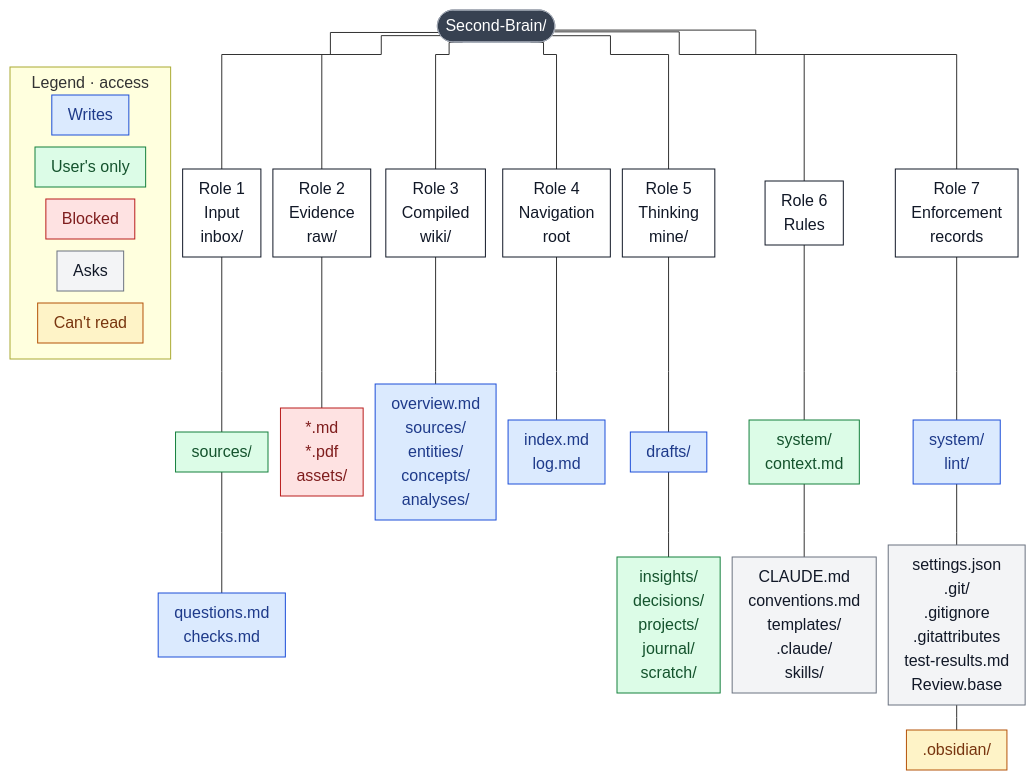
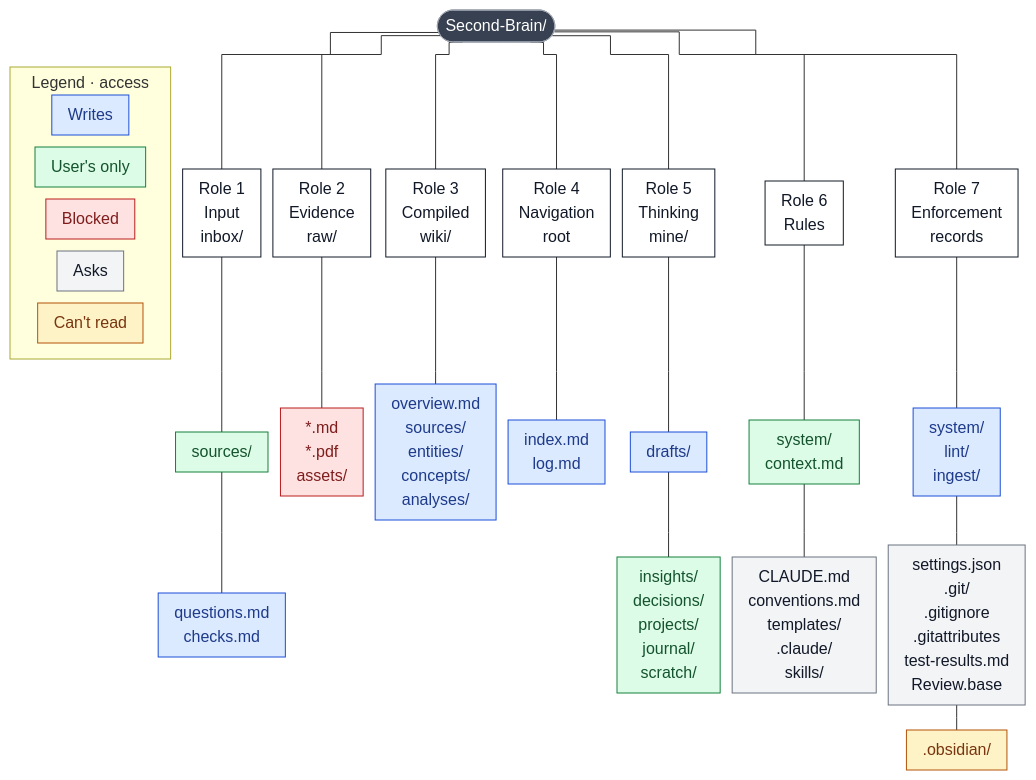
Before and after one commit to quocnguyen13/second-brain: the third of 18 diagrams in mine/projects/thinking-system/20 Product Requirements.md, drawn with Mermaid. The commit also changed other lines of this file and 5 other files, not shown here.

````diff
--- a/mine/projects/thinking-system/20 Product Requirements.md
+++ b/mine/projects/thinking-system/20 Product Requirements.md
@@ -258,40 +271,40 @@
 ```mermaid
 %%{init: {"flowchart": {"curve": "step", "useMaxWidth": true, "nodeSpacing": 12, "rankSpacing": 25, "padding": 8, "subGraphTitleMargin": {"top": 4, "bottom": 8}}}}%%
 flowchart TB
     subgraph LEG["Legend · access"]
         direction LR
         L1["Writes"]:::claude
         L2["User's only"]:::user
         L3["Blocked"]:::locked
         L4["Asks"]:::ask
         L5["Can't read"]:::hidden
     end
     V(["Second-Brain/"]):::vault
     V ~~~ LEG
     V --- R1["Role 1<br/>Input<br/>inbox/"]:::role
     V --- R2["Role 2<br/>Evidence<br/>raw/"]:::role
     V --- R3["Role 3<br/>Compiled<br/>wiki/"]:::role
     V --- R4["Role 4<br/>Navigation<br/>root"]:::role
     V --- R5["Role 5<br/>Thinking<br/>mine/"]:::role
     V --- R6["Role 6<br/>Rules"]:::role
     V --- R7["Role 7<br/>Enforcement<br/>records"]:::role
     R1 --- A1["sources/"]:::user
     A1 --- A2["questions.md<br/>checks.md"]:::claude
     R2 --- B1["*.md<br/>*.pdf<br/>assets/"]:::locked
     R3 --- C1["overview.md<br/>sources/<br/>entities/<br/>concepts/<br/>analyses/"]:::claude
     R4 --- D1["index.md<br/>log.md"]:::claude
     R5 --- E1["drafts/"]:::claude
     E1 --- E2["insights/<br/>decisions/<br/>projects/<br/>journal/<br/>scratch/"]:::user
     R6 --- F1["system/<br/>context.md"]:::user
     F1 --- F2["CLAUDE.md<br/>conventions.md<br/>templates/<br/>.claude/<br/>skills/"]:::ask
-    R7 --- G1["system/<br/>lint/"]:::claude
+    R7 --- G1["system/<br/>lint/<br/>ingest/"]:::claude
     G1 --- G2["settings.json<br/>.git/<br/>.gitignore<br/>.gitattributes<br/>test-results.md<br/>Review.base"]:::ask
     G2 --- G3[".obsidian/"]:::hidden
     classDef claude fill:#dbeafe,stroke:#1d4ed8,color:#1e3a8a
     classDef user fill:#dcfce7,stroke:#15803d,color:#14532d
     classDef locked fill:#fee2e2,stroke:#b91c1c,color:#7f1d1d
     classDef ask fill:#f3f4f6,stroke:#6b7280,color:#111827
     classDef hidden fill:#fef3c7,stroke:#b45309,color:#78350f
     classDef role fill:#ffffff,stroke:#111827,color:#111827
     classDef vault fill:#374151,stroke:#9ca3af,color:#ffffff
 ```
````
